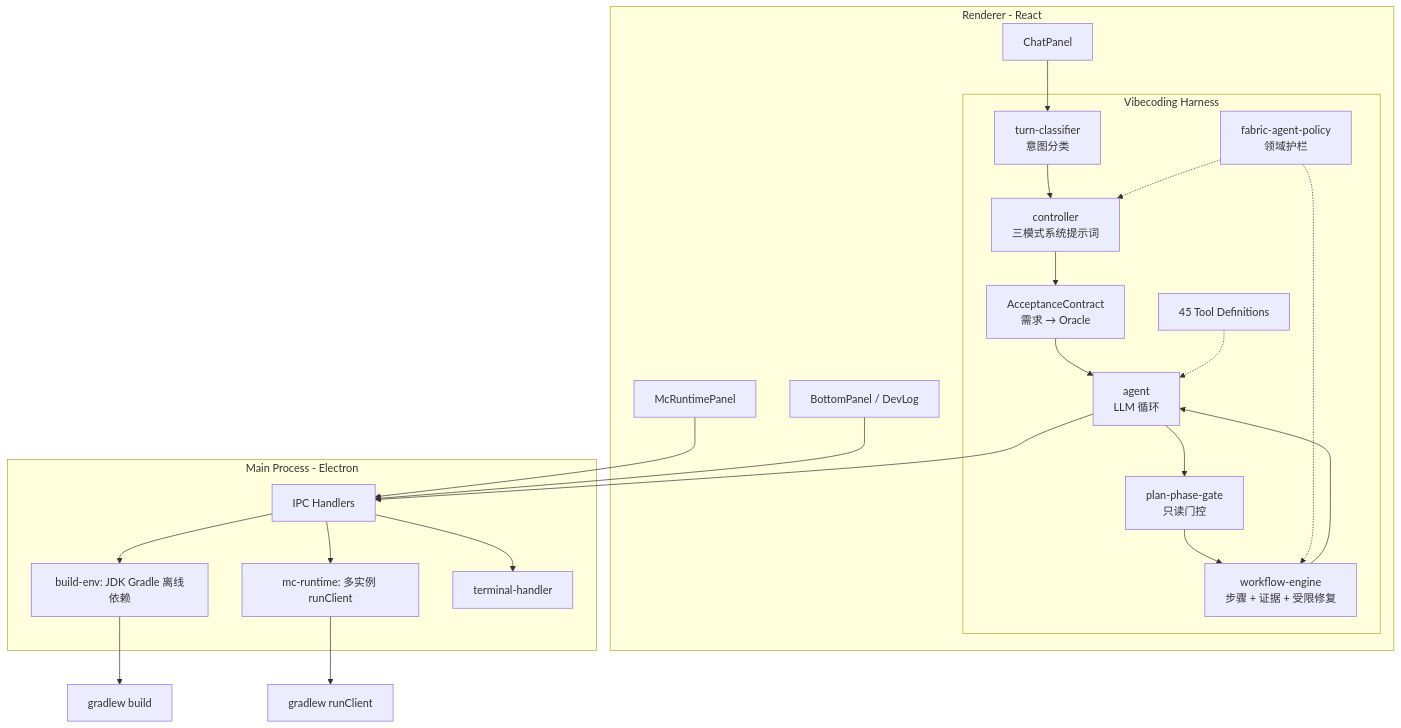
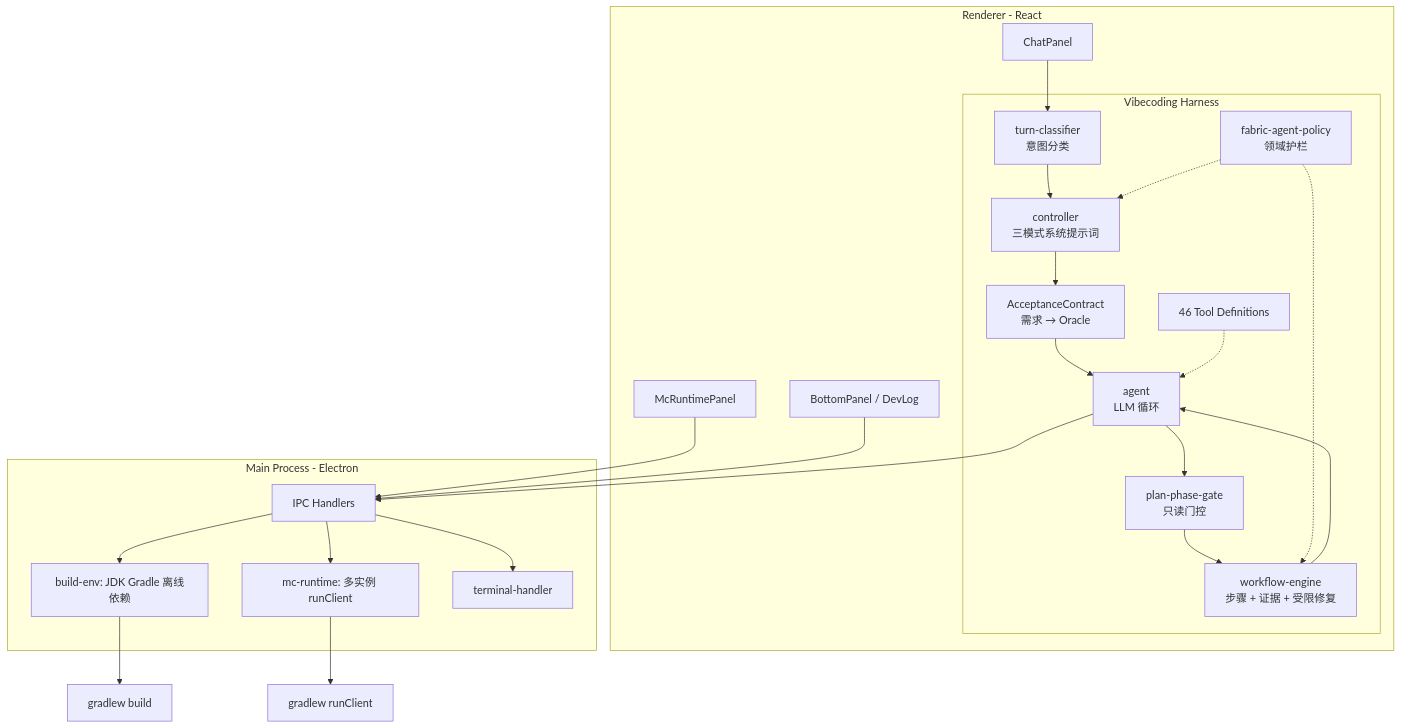
Before and after one commit to newstarbar/ModCrafting: the diagram in README.md, drawn with Mermaid. The commit also changed other lines of this file and 115 other files, not shown here.

````diff
--- a/README.md
+++ b/README.md
@@ -127,42 +127,42 @@
 ```mermaid
 flowchart TB
   subgraph ui [Renderer - React]
     Chat[ChatPanel]
     subgraph harness [Vibecoding Harness]
       Classifier[turn-classifier<br/>意图分类]
       Controller[controller<br/>三模式系统提示词]
       Agent[agent<br/>LLM 循环]
       PlanGate[plan-phase-gate<br/>只读门控]
       Contract[AcceptanceContract<br/>需求 → Oracle]
       Workflow[workflow-engine<br/>步骤 + 证据 + 受限修复]
       Policy[fabric-agent-policy<br/>领域护栏]
-      Tools[45 Tool Definitions]
+      Tools[46 Tool Definitions]
     end
     Chat --> Classifier
     Classifier --> Controller
     Controller --> Contract
     Contract --> Agent
     Agent --> PlanGate
     PlanGate --> Workflow
     Workflow --> Agent
     Policy -.-> Controller
     Policy -.-> Workflow
     Tools -.-> Agent
     Game[McRuntimePanel]
     Adv[BottomPanel / DevLog]
   end
   subgraph main [Main Process - Electron]
     IPC[IPC Handlers]
     BuildEnv[build-env: JDK Gradle 离线依赖]
     McRT[mc-runtime: 多实例 runClient]
     Term[terminal-handler]
   end
   Agent --> IPC
   Game --> IPC
   Adv --> IPC
   IPC --> BuildEnv
   IPC --> McRT
   IPC --> Term
   BuildEnv --> Gradle[gradlew build]
   McRT --> RunClient[gradlew runClient]
 ```
````
